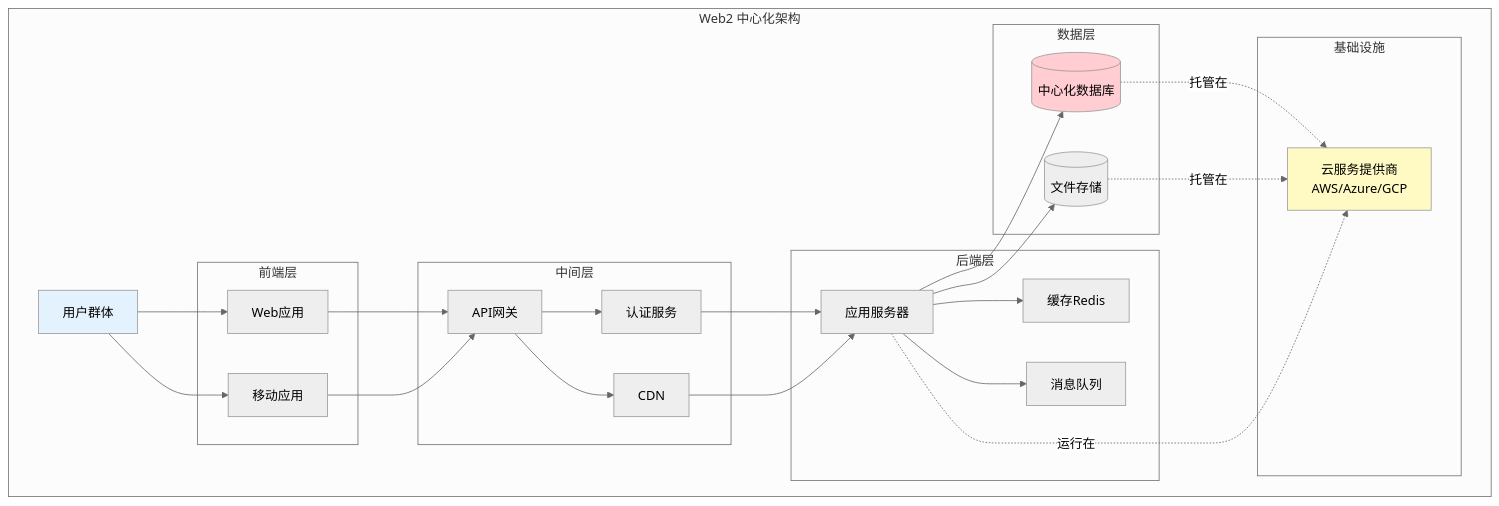
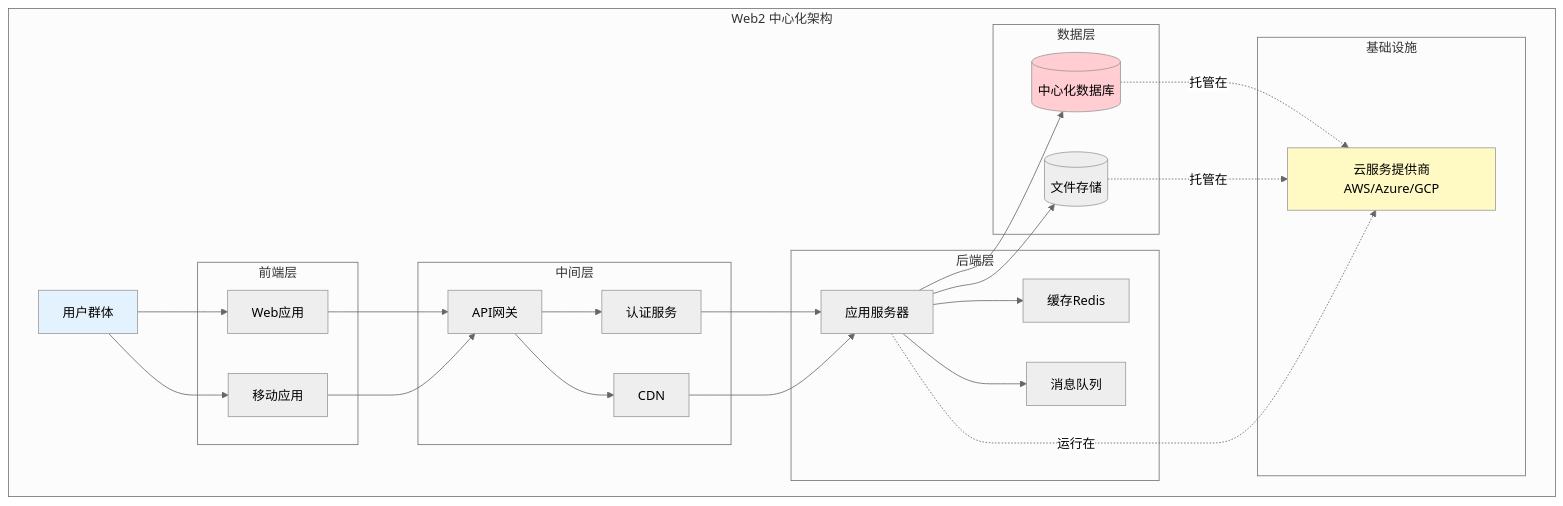
The fourth of 29 diagrams in src/content/posts/web3/web2-vs-web3.md (liuxing95/blog), drawn with Mermaid (neutral theme) before and after one commit. The commit also changed other lines of this file and 3 other files, not shown here.

````diff
--- a/src/content/posts/web3/web2-vs-web3.md
+++ b/src/content/posts/web3/web2-vs-web3.md
@@ -166,57 +166,57 @@
 ```mermaid
 graph TB
     subgraph "Web2 中心化架构"
         Users[用户群体]
 
         subgraph "前端层"
             Web[Web应用]
             Mobile[移动应用]
         end
 
         subgraph "中间层"
             API[API网关]
             Auth[认证服务]
             CDN[CDN]
         end
 
         subgraph "后端层"
             Server[应用服务器]
             Cache[缓存Redis]
             Queue[消息队列]
         end
 
         subgraph "数据层"
             DB[(中心化数据库)]
             Storage[(文件存储)]
         end
 
         subgraph "基础设施"
-            Cloud[云服务提供商<br/>AWS/Azure/GCP]
+            Cloud[云服务提供商AWS/Azure/GCP]
         end
     end
 
     Users --> Web
     Users --> Mobile
 
     Web --> API
     Mobile --> API
 
     API --> Auth
     API --> CDN
 
     Auth --> Server
     CDN --> Server
 
     Server --> Cache
     Server --> Queue
     Server --> DB
     Server --> Storage
 
     DB -.托管在.-> Cloud
     Storage -.托管在.-> Cloud
     Server -.运行在.-> Cloud
 
     style Users fill:#e3f2fd
     style DB fill:#ffcdd2
     style Cloud fill:#fff9c4
 ```
````
